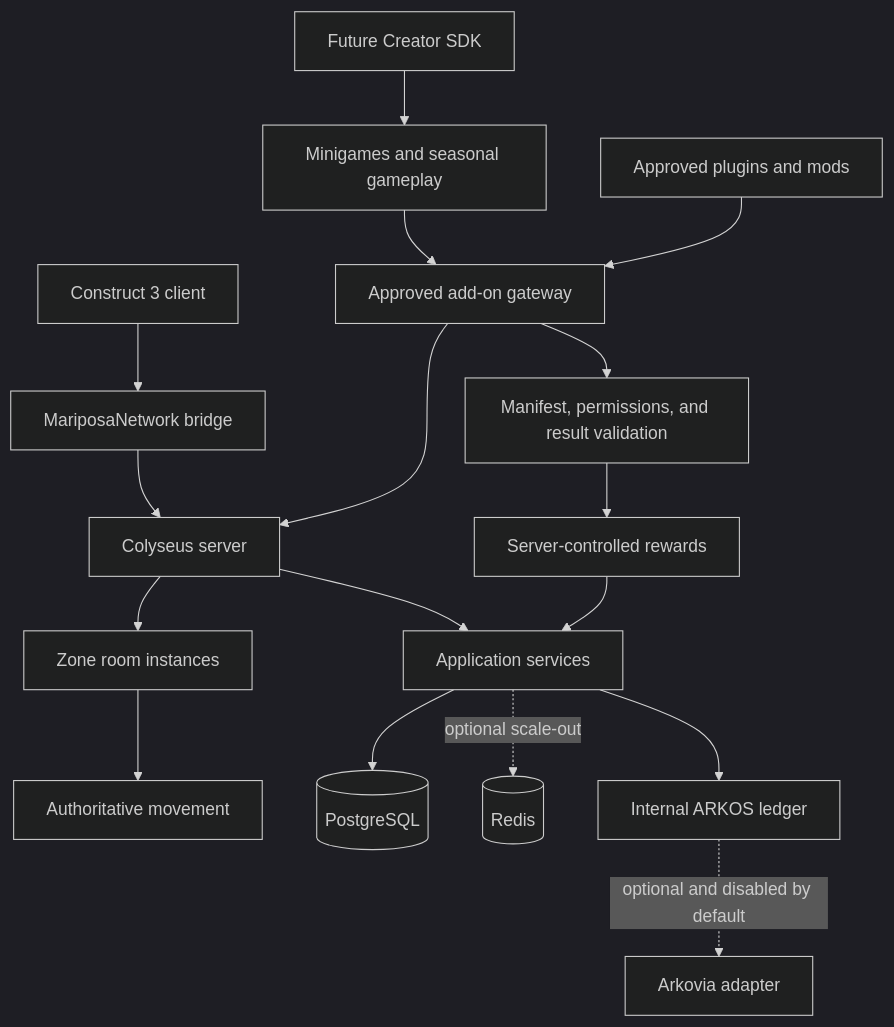
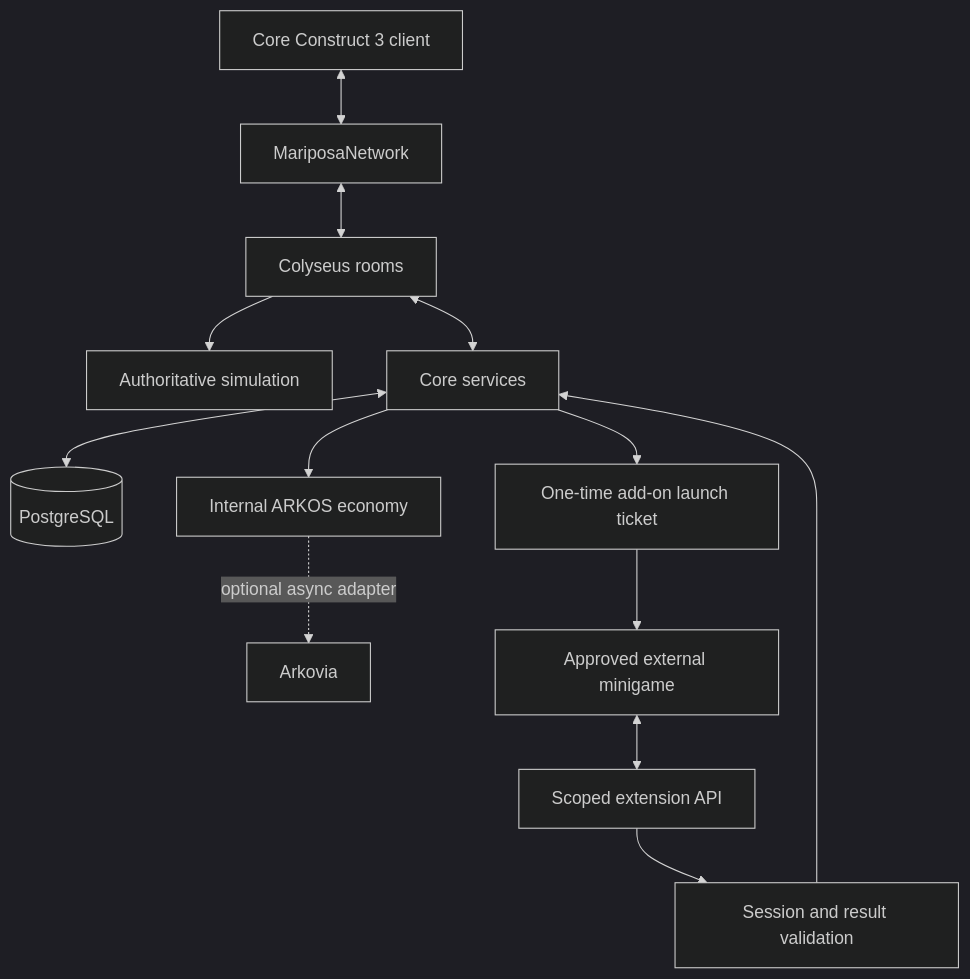
The diagram in README.md (mycreationhaven/Mariposa-Universe-Server), drawn with Mermaid (dark theme) before and after one commit. The commit also changed other lines of this file, not shown here.

Commit message:
Correct extension architecture and trust flows

````diff
--- a/README.md
+++ b/README.md
@@ -69,19 +69,16 @@
 ```mermaid
 flowchart TD
-    C3["Construct 3 client"] --> MN["MariposaNetwork bridge"]
-    MN --> CS["Colyseus server"]
-    CS --> ZR["Zone room instances"]
-    ZR --> MS["Authoritative movement"]
-    CS --> AS["Application services"]
-    AS --> PG[(PostgreSQL)]
-    AS -. "optional scale-out" .-> RD[(Redis)]
-    AS --> EL["Internal ARKOS ledger"]
-    EL -. "optional and disabled by default" .-> AA["Arkovia adapter"]
-    XG["Approved add-on gateway"] --> CS
-    MG["Minigames and seasonal gameplay"] --> XG
-    PM["Approved plugins and mods"] --> XG
-    SDK["Future Creator SDK"] --> MG
-    XG --> MV["Manifest, permissions, and result validation"]
-    MV --> RW["Server-controlled rewards"]
-    RW --> AS
+    C3["Core Construct 3 client"] <--> MN["MariposaNetwork"]
+    MN <--> RT["Colyseus rooms"]
+    RT --> AU["Authoritative simulation"]
+    RT <--> CS["Core services"]
+    CS <--> PG[(PostgreSQL)]
+    CS --> EC["Internal ARKOS economy"]
+    EC -. "optional async adapter" .-> AR["Arkovia"]
+
+    CS --> LT["One-time add-on launch ticket"]
+    LT --> EX["Approved external minigame"]
+    EX <--> API["Scoped extension API"]
+    API --> VR["Session and result validation"]
+    VR --> CS
 ```
````
